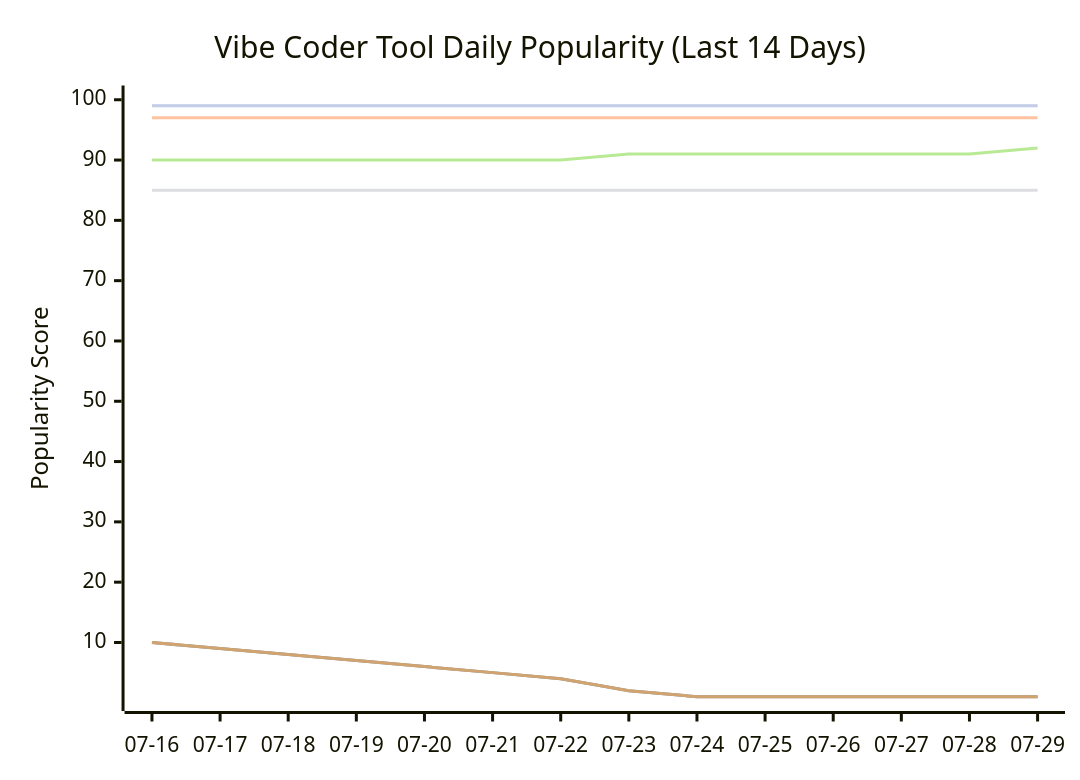
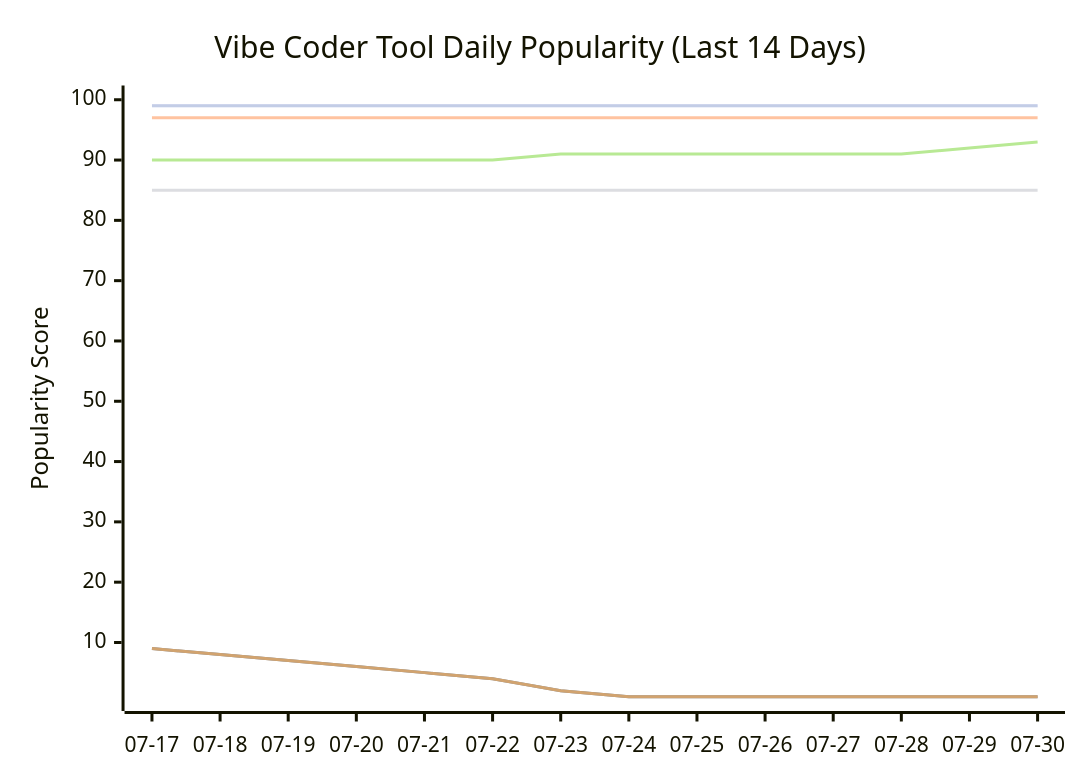
One commit to tykimos/ai-whatchelin changed the seventh of 11 diagrams in README.md. Above: the diagram before and after it, drawn with Mermaid. The commit also changed other lines of this file and 4 other files, not shown here.

````diff
--- a/README.md
+++ b/README.md
@@ -2105,13 +2112,13 @@
 ```mermaid
 xychart-beta
     title "Vibe Coder Tool Daily Popularity (Last 14 Days)"
-    x-axis ["07-16", "07-17", "07-18", "07-19", "07-20", "07-21", "07-22", "07-23", "07-24", "07-25", "07-26", "07-27", "07-28", "07-29"]
+    x-axis ["07-17", "07-18", "07-19", "07-20", "07-21", "07-22", "07-23", "07-24", "07-25", "07-26", "07-27", "07-28", "07-29", "07-30"]
     y-axis "Popularity Score" 1 --> 100
     line "Claude Code" [99, 99, 99, 99, 99, 99, 99, 99, 99, 99, 99, 99, 99, 99]
-    line "GH Copilot" [10, 9, 8, 7, 6, 5, 4, 2, 1, 1, 1, 1, 1, 1]
+    line "GH Copilot" [9, 8, 7, 6, 5, 4, 2, 1, 1, 1, 1, 1, 1, 1]
     line "Cursor" [97, 97, 97, 97, 97, 97, 97, 97, 97, 97, 97, 97, 97, 97]
     line "Windsurf" [85, 85, 85, 85, 85, 85, 85, 85, 85, 85, 85, 85, 85, 85]
-    line "Codex CLI" [90, 90, 90, 90, 90, 90, 90, 91, 91, 91, 91, 91, 91, 92]
-    line "Gemini CLI" [10, 9, 8, 7, 6, 5, 4, 2, 1, 1, 1, 1, 1, 1]
+    line "Codex CLI" [90, 90, 90, 90, 90, 90, 91, 91, 91, 91, 91, 91, 92, 93]
+    line "Gemini CLI" [9, 8, 7, 6, 5, 4, 2, 1, 1, 1, 1, 1, 1, 1]
     line "Antigravity" [99, 99, 99, 99, 99, 99, 99, 99, 99, 99, 99, 99, 99, 99]
 ```
````
